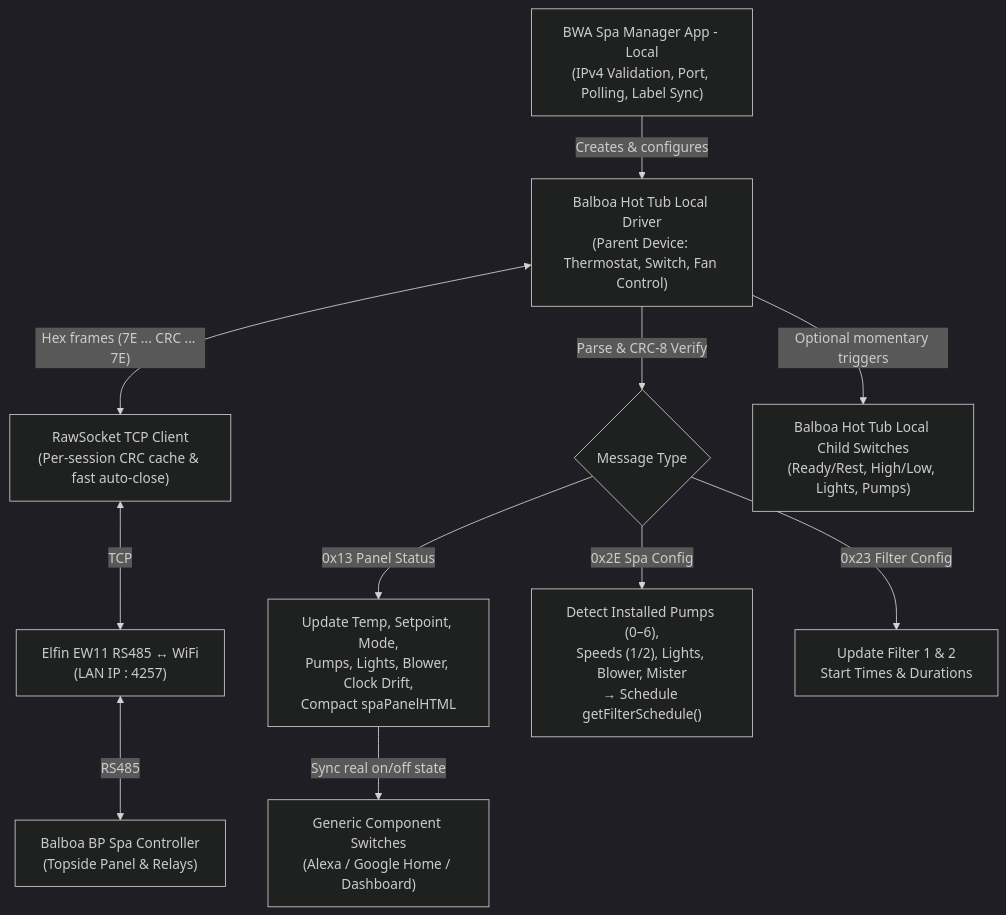
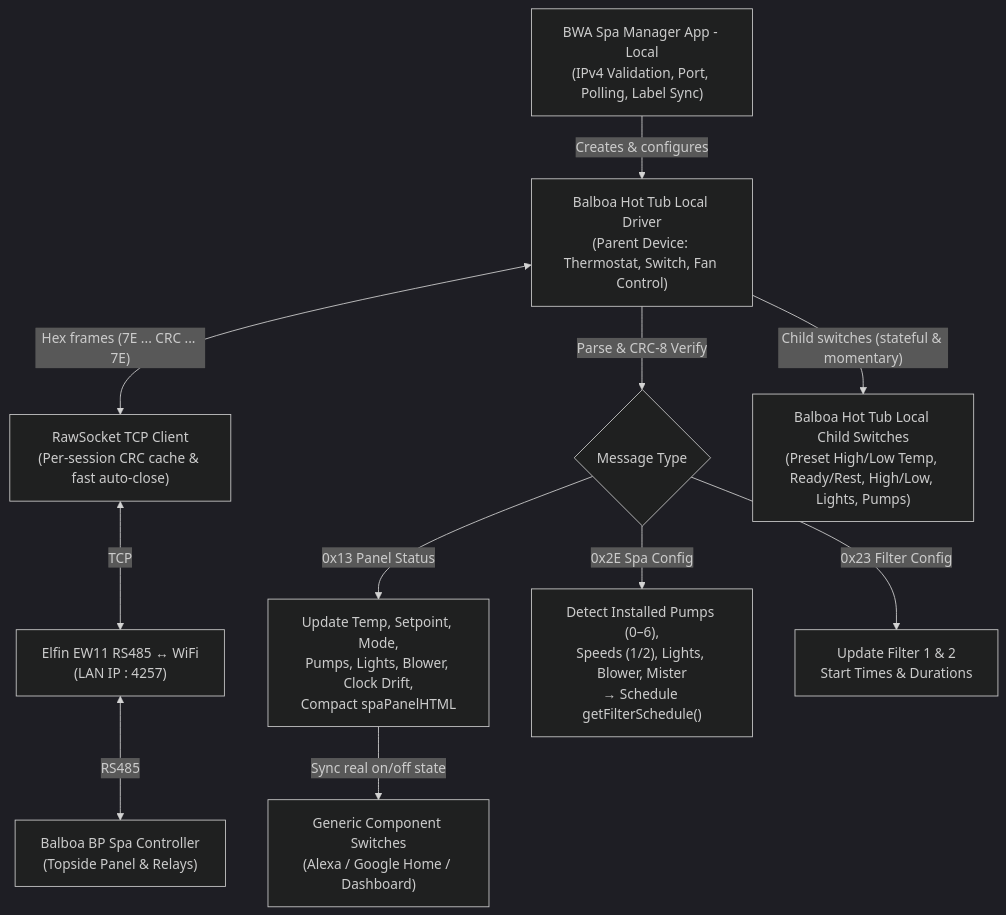
The diagram in README.md (KurtSanders/HBBWASpaManager), drawn with Mermaid (dark theme) before and after one commit. The commit also changed other lines of this file and 4 other files, not shown here.

````diff
--- a/README.md
+++ b/README.md
@@ -41,21 +42,21 @@
 ```mermaid
 flowchart TD
     App["BWA Spa Manager App - Local<br/>(IPv4 Validation, Port, Polling, Label Sync)"]
     Parent["Balboa Hot Tub Local Driver<br/>(Parent Device: Thermostat, Switch, Fan Control)"]
     Socket["RawSocket TCP Client<br/>(Per-session CRC cache & fast auto-close)"]
     EW11["Elfin EW11 RS485 ↔ WiFi<br/>(LAN IP : 4257)"]
     Spa["Balboa BP Spa Controller<br/>(Topside Panel & Relays)"]
 
     App -->|"Creates & configures"| Parent
     Parent <-->|"Hex frames (7E ... CRC ... 7E)"| Socket
     Socket <-->|"TCP"| EW11
     EW11 <-->|"RS485"| Spa
 
     Parent -->|"Parse & CRC-8 Verify"| Parser{"Message Type"}
     Parser -->|"0x13 Panel Status"| Status["Update Temp, Setpoint, Mode,<br/>Pumps, Lights, Blower, Clock Drift,<br/>Compact spaPanelHTML"]
     Parser -->|"0x2E Spa Config"| Config["Detect Installed Pumps (0–6),<br/>Speeds (1/2), Lights, Blower, Mister<br/>→ Schedule getFilterSchedule()"]
     Parser -->|"0x23 Filter Config"| Filter["Update Filter 1 & 2<br/>Start Times & Durations"]
 
     Status -->|"Sync real on/off state"| Comp["Generic Component Switches<br/>(Alexa / Google Home / Dashboard)"]
-    Parent -->|"Optional momentary triggers"| Mom["Balboa Hot Tub Local Child Switches<br/>(Ready/Rest, High/Low, Lights, Pumps)"]
+    Parent -->|"Child switches (stateful & momentary)"| Mom["Balboa Hot Tub Local Child Switches<br/>(Preset High/Low Temp, Ready/Rest, High/Low, Lights, Pumps)"]
 ```
````
